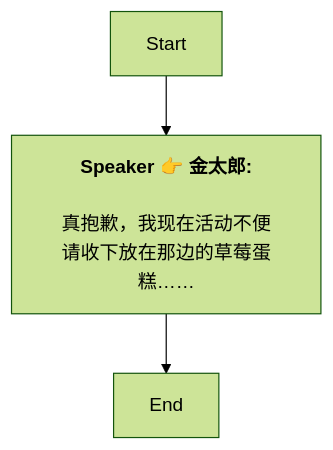
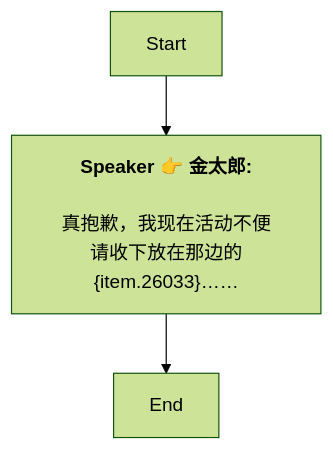
The diagram in Zh/QuestStartTalkENode_1738968291086509.md (SoftHu/tos_avg), drawn with Mermaid (forest theme) before and after one commit. The commit also changed 199 other files, not shown here.

````diff
--- a/Zh/QuestStartTalkENode_1738968291086509.md
+++ b/Zh/QuestStartTalkENode_1738968291086509.md
@@ -1,9 +1,9 @@
 ```mermaid
 graph
 Start -->1738969370984625[<b>Speaker 👉 金太郎:</b>
 
 真抱歉，我现在活动不便
-请收下放在那边的草莓蛋糕……]
+请收下放在那边的&lbrace;item.26033&rbrace;……]
 1738969370984625 -->1738969370984626[End]
 
  ```
````
